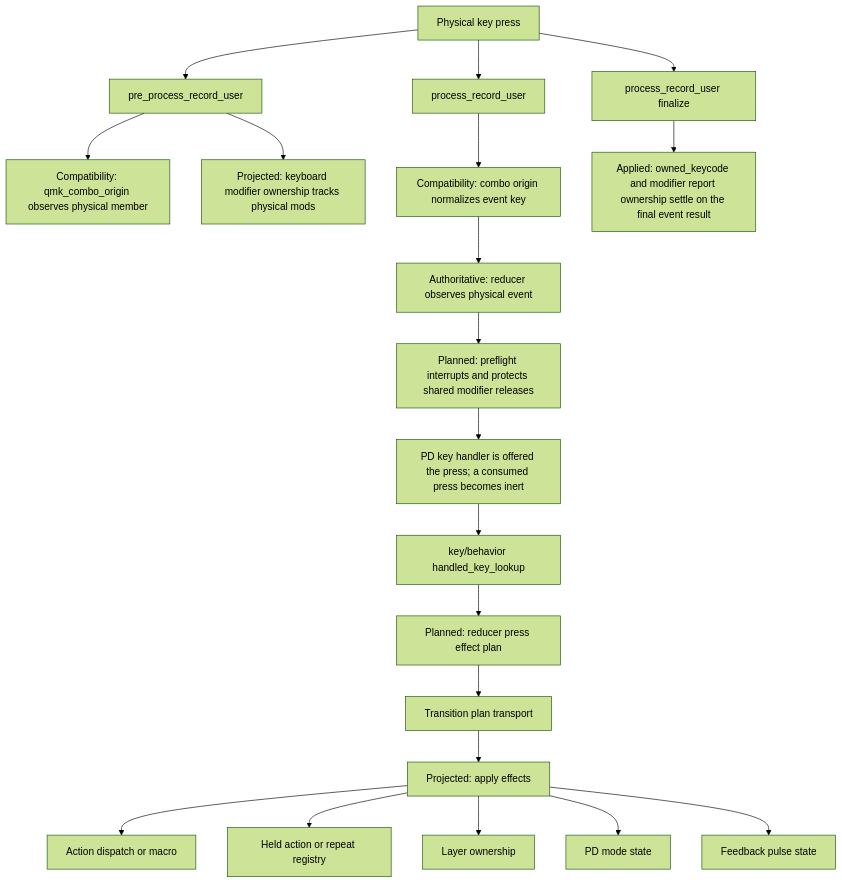
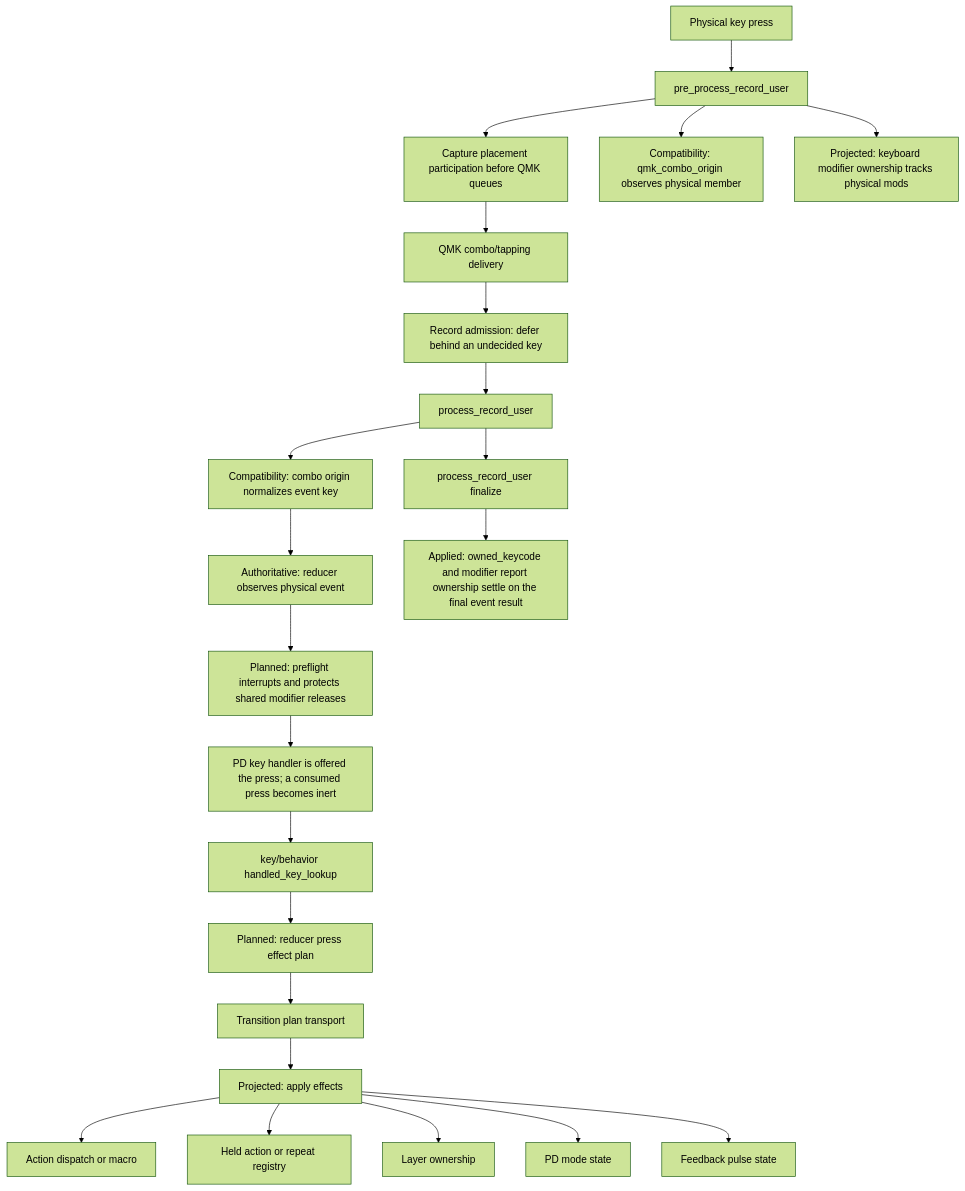
The second of 11 diagrams in docs/architecture/runtime-flow.md (NoahCLR/charybdis-4x6), drawn with Mermaid (forest theme) before and after one commit. The commit also changed other lines of this file and 32 other files, not shown here.

````diff
--- a/docs/architecture/runtime-flow.md
+++ b/docs/architecture/runtime-flow.md
@@ -34,22 +35,25 @@
 ```mermaid
 flowchart TD
     physical["Physical key press"] --> pre_user["pre_process_record_user"]
+    pre_user --> participation["Capture placement participation before QMK queues"]
     pre_user --> origin["Compatibility: qmk_combo_origin observes physical member"]
     pre_user --> mod_track["Projected: keyboard modifier ownership tracks physical mods"]
-    physical --> process_user["process_record_user"]
+    participation --> qmk["QMK combo/tapping delivery"]
+    qmk --> admission["Record admission: defer behind an undecided key"]
+    admission --> process_user["process_record_user"]
     process_user --> normalize["Compatibility: combo origin normalizes event key"]
     normalize --> observe["Authoritative: reducer observes physical event"]
     observe --> preflight["Planned: preflight interrupts and protects shared modifier releases"]
     preflight --> pd_handler["PD key handler is offered the press; a consumed press becomes inert"]
     pd_handler --> lookup["key/behavior handled_key_lookup"]
     lookup --> press_plan["Planned: reducer press effect plan"]
     press_plan --> transition["Transition plan transport"]
     transition --> projection["Projected: apply effects"]
     projection --> action["Action dispatch or macro"]
     projection --> held["Held action or repeat registry"]
     projection --> layer["Layer ownership"]
     projection --> pd["PD mode state"]
     projection --> feedback["Feedback pulse state"]
-    physical --> finalize["process_record_user finalize"]
+    process_user --> finalize["process_record_user finalize"]
     finalize --> report_track["Applied: owned_keycode and modifier report ownership settle on the final event result"]
 ```
````
